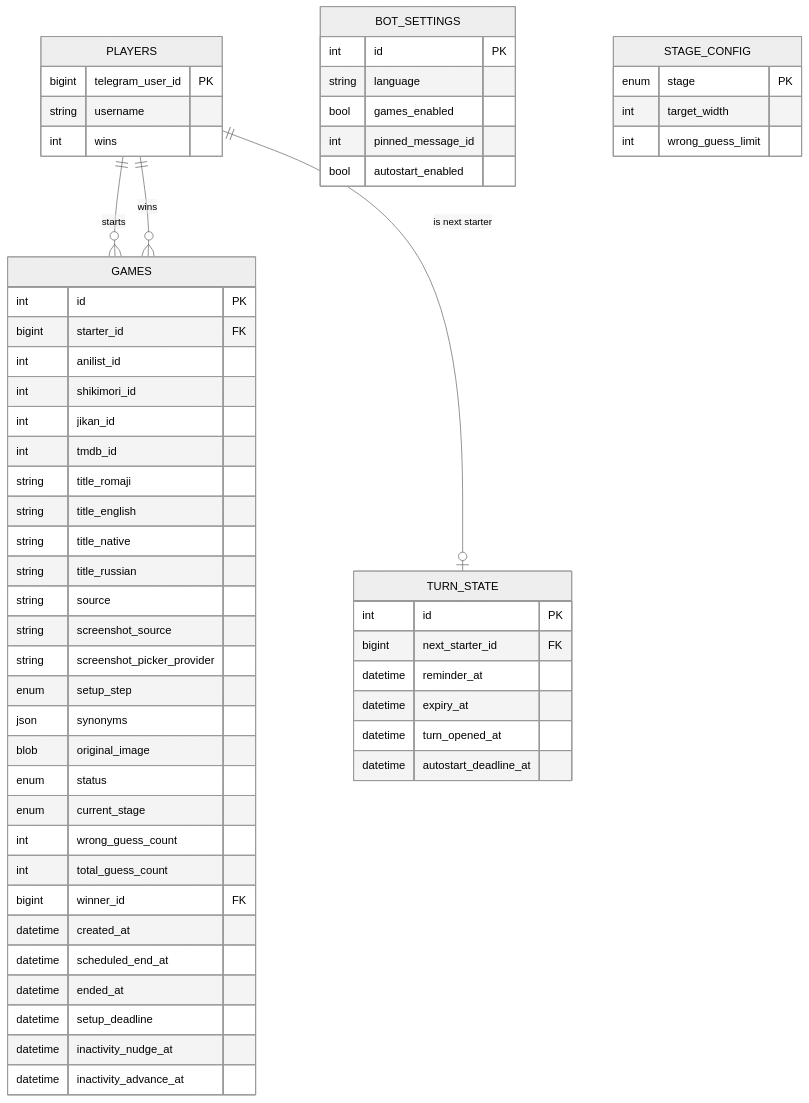
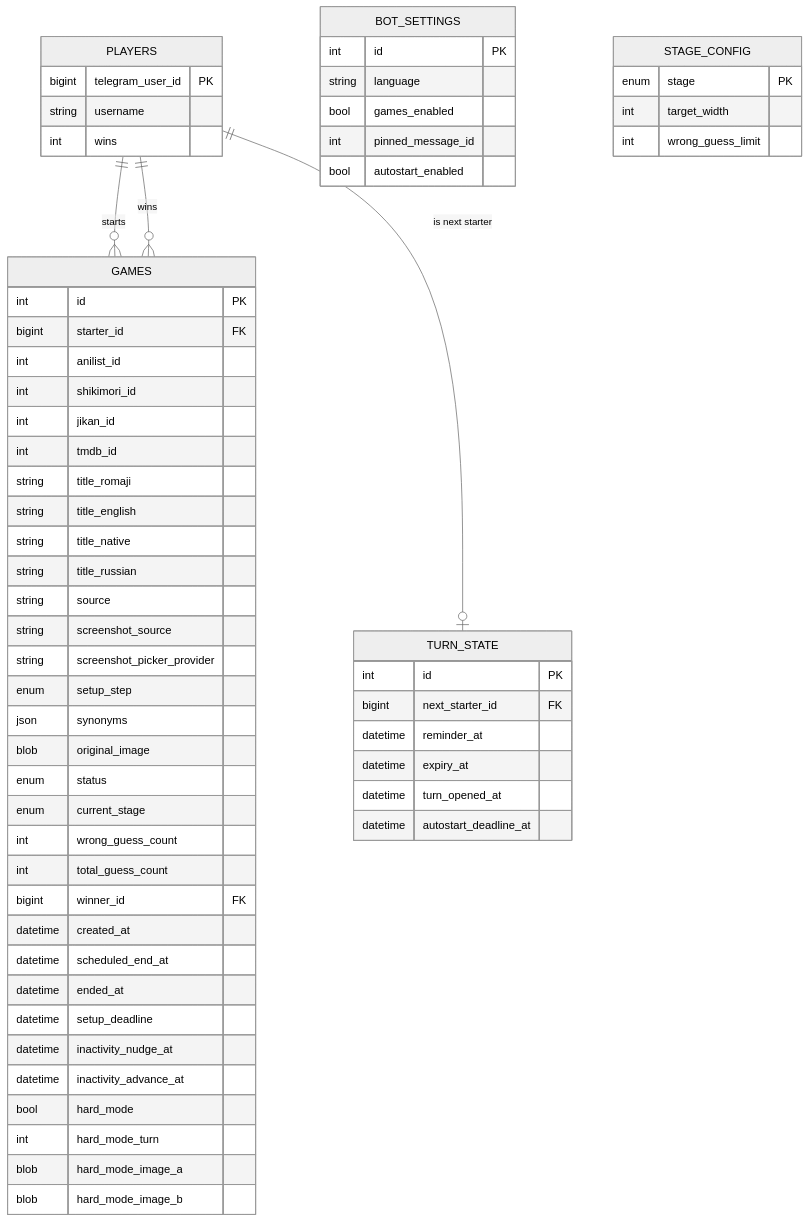
One commit to sm-steel/nani-pix-bot changed the second of 2 diagrams in ARCHITECTURE.md. Above: the diagram before and after it, drawn with Mermaid (neutral theme). The commit also changed other lines of this file, not shown here.

First line of the commit message:
docs(architecture): add hard_mode.py module and schema columns

````diff
--- a/ARCHITECTURE.md
+++ b/ARCHITECTURE.md
@@ -407,61 +421,65 @@
 ```mermaid
 erDiagram
     PLAYERS ||--o{ GAMES : starts
     PLAYERS ||--o{ GAMES : wins
     PLAYERS ||--o| TURN_STATE : "is next starter"
 
     PLAYERS {
         bigint telegram_user_id PK
         string username
         int wins
     }
     GAMES {
         int id PK
         bigint starter_id FK
         int anilist_id
         int shikimori_id
         int jikan_id
         int tmdb_id
         string title_romaji
         string title_english
         string title_native
         string title_russian
         string source
         string screenshot_source
         string screenshot_picker_provider
         enum setup_step
         json synonyms
         blob original_image
         enum status
         enum current_stage
         int wrong_guess_count
         int total_guess_count
         bigint winner_id FK
         datetime created_at
         datetime scheduled_end_at
         datetime ended_at
         datetime setup_deadline
         datetime inactivity_nudge_at
         datetime inactivity_advance_at
+        bool hard_mode
+        int hard_mode_turn
+        blob hard_mode_image_a
+        blob hard_mode_image_b
     }
     TURN_STATE {
         int id PK
         bigint next_starter_id FK
         datetime reminder_at
         datetime expiry_at
         datetime turn_opened_at
         datetime autostart_deadline_at
     }
     BOT_SETTINGS {
         int id PK
         string language
         bool games_enabled
         int pinned_message_id
         bool autostart_enabled
     }
     STAGE_CONFIG {
         enum stage PK
         int target_width
         int wrong_guess_limit
     }
 ```
````
